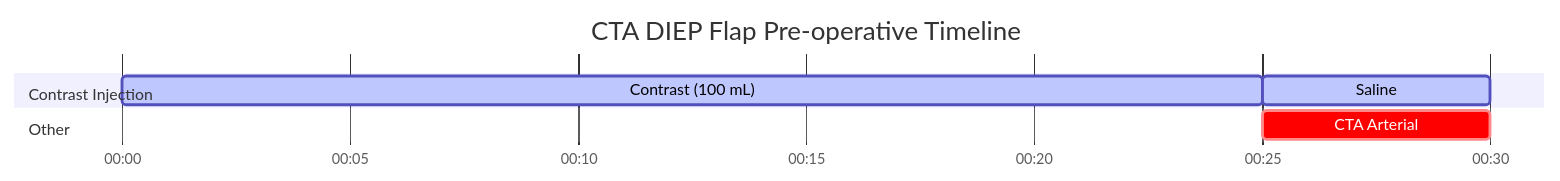
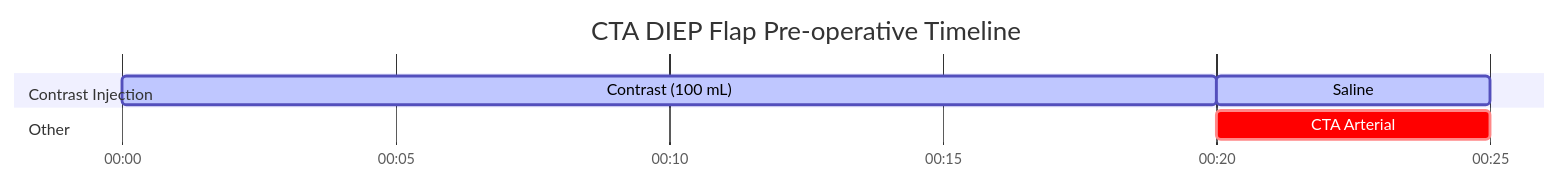
The diagram in docs/ct/vascular/cta-diep-flap-pre-operative.md (dfergs93/radiology-protocols), drawn with Mermaid before and after one commit. The commit also changed other lines of this file and 26 other files, not shown here.

````diff
--- a/docs/ct/vascular/cta-diep-flap-pre-operative.md
+++ b/docs/ct/vascular/cta-diep-flap-pre-operative.md
@@ -82,18 +83,18 @@
   ```mermaid
   ---
   displayMode: compact
   config:
     theme: default
     themeCSS: " #Saline{ fill: #4ed5ff; stroke: #2094f3; } "
   ---
     gantt
       title CTA DIEP Flap Pre-operative Timeline
       dateFormat mm:ss
       axisFormat %M:%S 
       
       section Contrast Injection
-      Contrast (100 mL)    :active, contrast, 00:00, 25s
+      Contrast (100 mL)    :active, contrast, 00:00, 20s
       Saline          :active, saline, after contrast, 5s
       section Other
       CTA Arterial    :crit, scan1, after contrast, 5s
   ```
````
